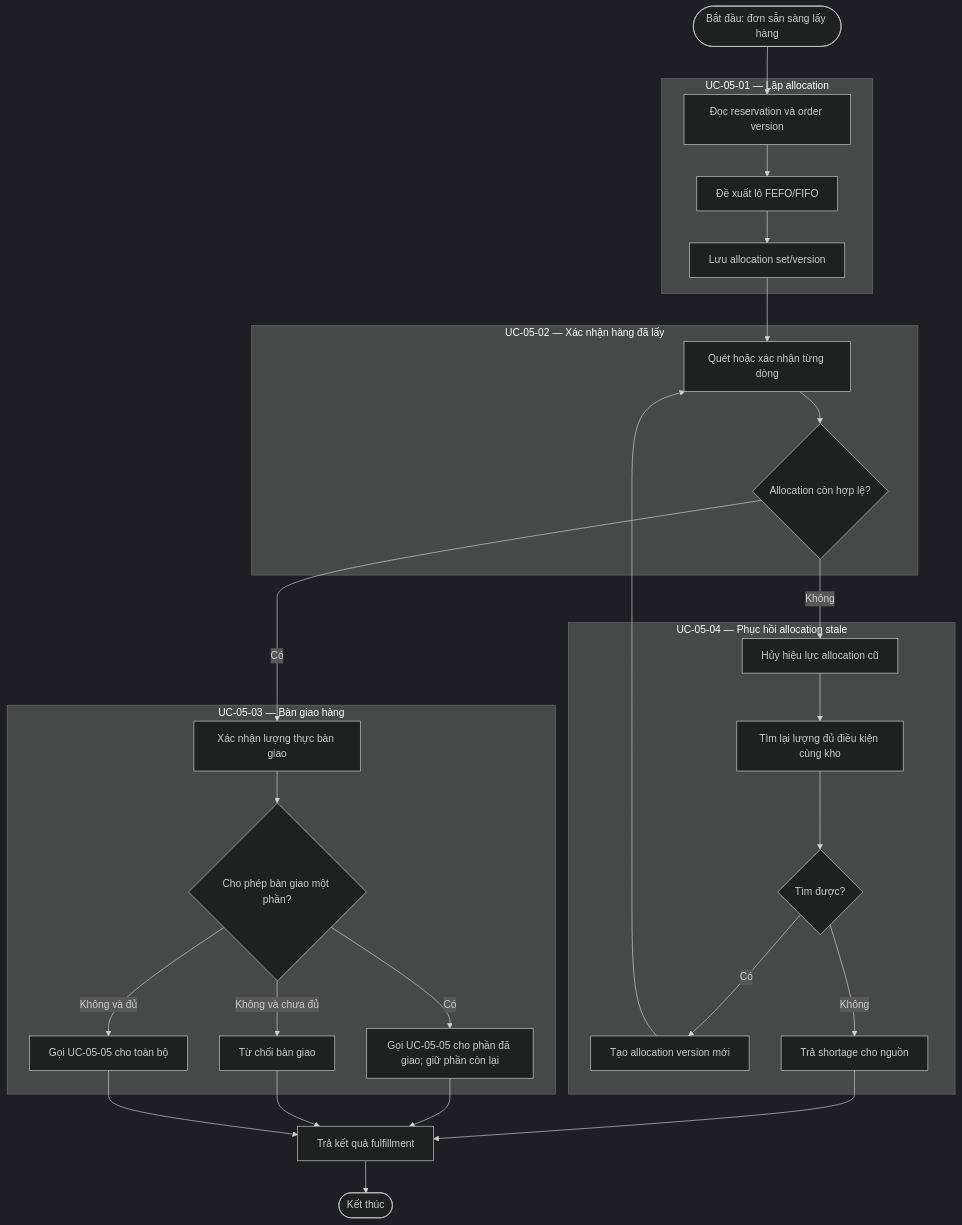
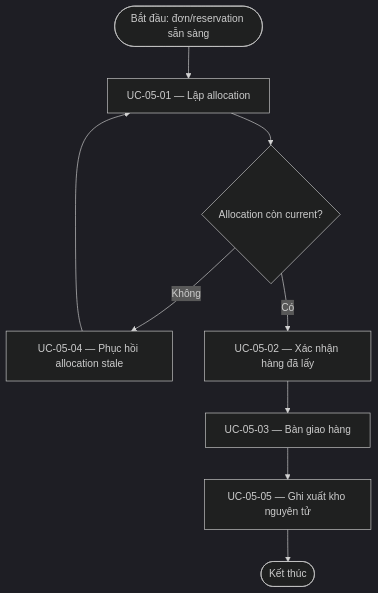
One commit to DsChien102/erp-sales-inventory changed the diagram in specs/themes/theme-07/02.specification/behavior/journeys/BJ-05-lay-hang-va-ban-giao-on.md. Above: the diagram before and after it, drawn with Mermaid (dark theme). The commit also changed other lines of this file and 4136 other files, not shown here.

````diff
--- a/specs/themes/theme-07/02.specification/behavior/journeys/BJ-05-lay-hang-va-ban-giao-on.md
+++ b/specs/themes/theme-07/02.specification/behavior/journeys/BJ-05-lay-hang-va-ban-giao-on.md
@@ -51,38 +34,11 @@
 ```mermaid
 flowchart TD
-    S([Bắt đầu: đơn sẵn sàng lấy hàng]) --> U1A
-
-    subgraph U1["UC-05-01 — Lập allocation"]
-        U1A[Đọc reservation và order version] --> U1B[Đề xuất lô FEFO/FIFO]
-        U1B --> U1C[Lưu allocation set/version]
-    end
-
-    U1C --> U2A
-    subgraph U2["UC-05-02 — Xác nhận hàng đã lấy"]
-        U2A[Quét hoặc xác nhận từng dòng] --> U2B{Allocation còn hợp lệ?}
-    end
-
-    U2B -->|Không| U4A
-    U2B -->|Có| U3A
-
-    subgraph U3["UC-05-03 — Bàn giao hàng"]
-        U3A[Xác nhận lượng thực bàn giao] --> U3B{Cho phép bàn giao một phần?}
-        U3B -->|Có| U3C["Gọi UC-05-05 cho phần đã giao; giữ phần còn lại"]
-        U3B -->|Không và chưa đủ| U3D[Từ chối bàn giao]
-        U3B -->|Không và đủ| U3E["Gọi UC-05-05 cho toàn bộ"]
-    end
-
-    subgraph U4["UC-05-04 — Phục hồi allocation stale"]
-        U4A[Hủy hiệu lực allocation cũ] --> U4B[Tìm lại lượng đủ điều kiện cùng kho]
-        U4B --> U4C{Tìm được?}
-        U4C -->|Có| U4D[Tạo allocation version mới]
-        U4C -->|Không| U4E[Trả shortage cho nguồn]
-    end
-
-    U4D --> U2A
-    U4E --> R[Trả kết quả fulfillment]
-    U3C --> R
-    U3D --> R
-    U3E --> R
-    R --> E([Kết thúc])
+    Begin([Bắt đầu: đơn/reservation sẵn sàng]) --> U1["UC-05-01 — Lập allocation"]
+    U1 --> S{"Allocation còn current?"}
+    S -->|Không| U4["UC-05-04 — Phục hồi allocation stale"]
+    U4 --> U1
+    S -->|Có| U2["UC-05-02 — Xác nhận hàng đã lấy"]
+    U2 --> U3["UC-05-03 — Bàn giao hàng"]
+    U3 --> U5["UC-05-05 — Ghi xuất kho nguyên tử"]
+    U5 --> End([Kết thúc])
 ```
````
